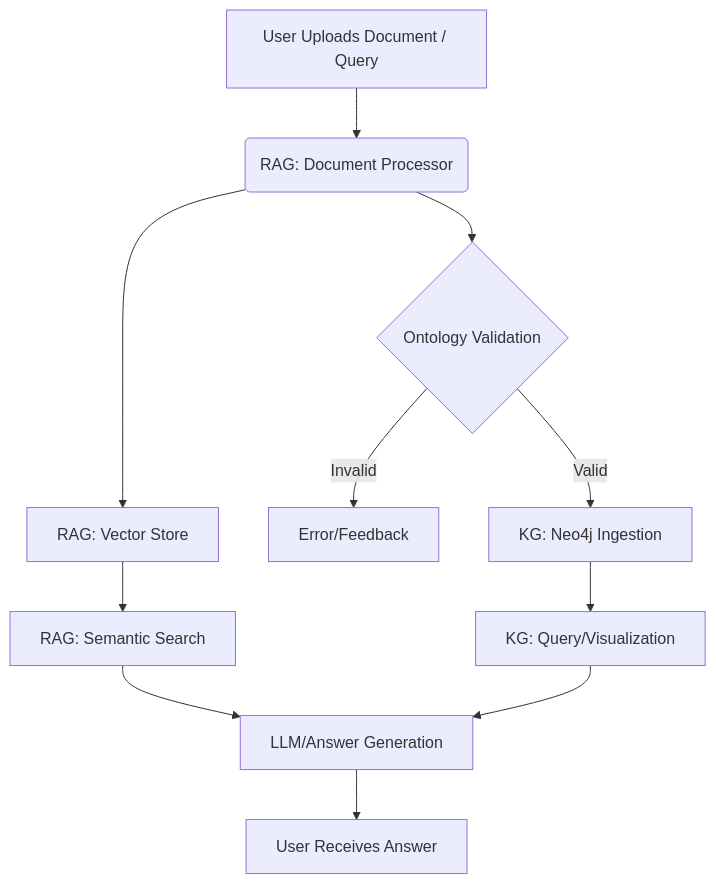
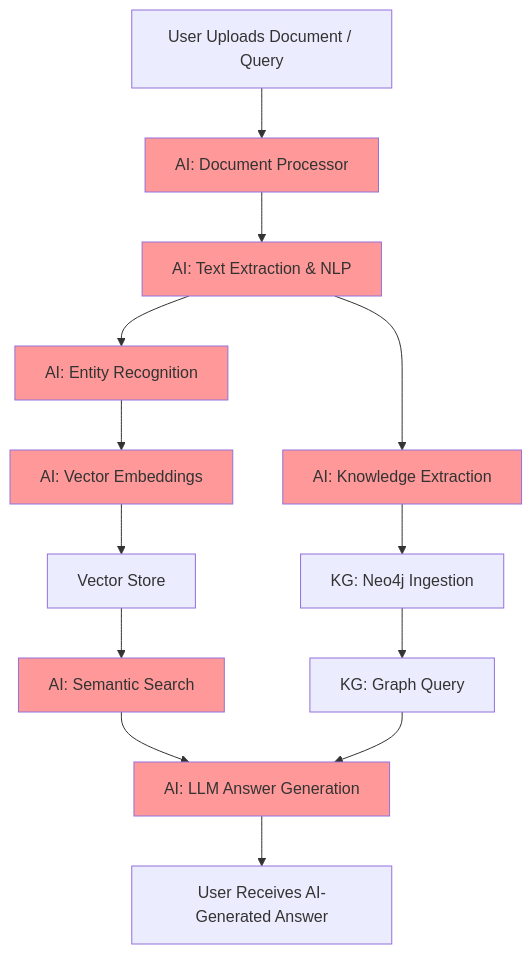
Before and after one commit to kanhaiya-gupta/HazardSafe-KG: the first of 2 diagrams in docs/README_architecture.md, drawn with Mermaid. The commit also changed other lines of this file and 1 other file, not shown here.

````diff
--- a/docs/README_architecture.md
+++ b/docs/README_architecture.md
@@ -93,13 +184,23 @@
 ```mermaid
 graph TD
-    A[User Uploads Document / Query] --> B(RAG: Document Processor)
-    B --> C{Ontology Validation}
-    C -- Valid --> D[KG: Neo4j Ingestion]
-    C -- Invalid --> E[Error/Feedback]
-    D --> F[KG: Query/Visualization]
-    B --> G[RAG: Vector Store]
-    G --> H[RAG: Semantic Search]
-    H --> I[LLM/Answer Generation]
-    F --> I
-    I --> J[User Receives Answer]
+    A[User Uploads Document / Query] --> B[AI: Document Processor]
+    B --> C[AI: Text Extraction & NLP]
+    C --> D[AI: Entity Recognition]
+    D --> E[AI: Vector Embeddings]
+    E --> F[Vector Store]
+    F --> G[AI: Semantic Search]
+    G --> H[AI: LLM Answer Generation]
+    C --> I[AI: Knowledge Extraction]
+    I --> J[KG: Neo4j Ingestion]
+    J --> K[KG: Graph Query]
+    K --> H
+    H --> L[User Receives AI-Generated Answer]
+    
+    style B fill:#ff9999
+    style C fill:#ff9999
+    style D fill:#ff9999
+    style E fill:#ff9999
+    style G fill:#ff9999
+    style H fill:#ff9999
+    style I fill:#ff9999
 ```
````
